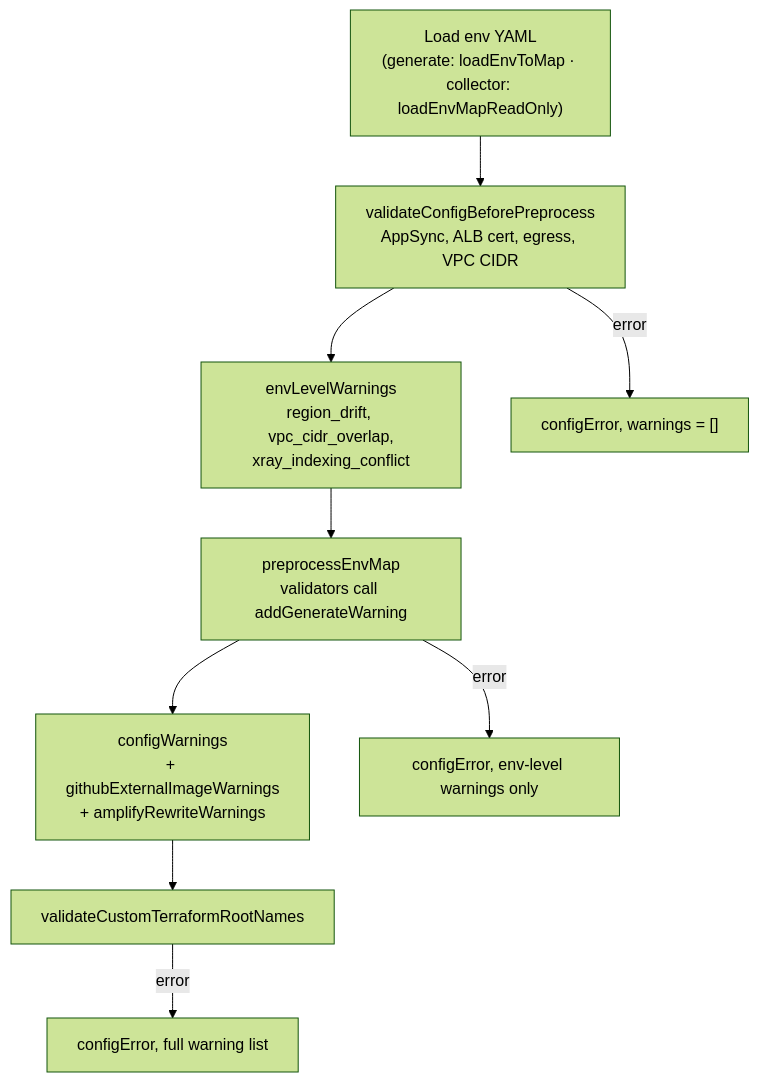
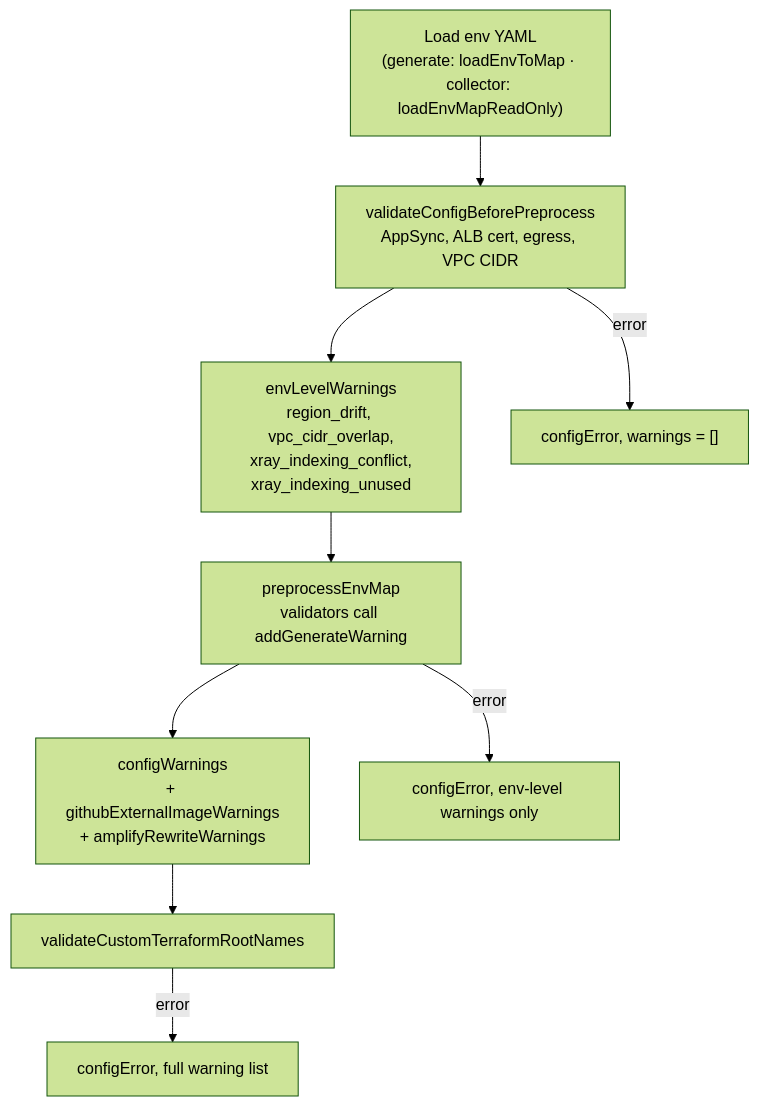
One commit to MadAppGang/meroku changed the diagram in ai_docs/CONFIG_WARNINGS.md. Above: the diagram before and after it, drawn with Mermaid (forest theme). The commit also changed other lines of this file and 22 other files, not shown here.

````diff
--- a/ai_docs/CONFIG_WARNINGS.md
+++ b/ai_docs/CONFIG_WARNINGS.md
@@ -137,13 +138,13 @@
 ```mermaid
 flowchart TD
     load["Load env YAML<br/>(generate: loadEnvToMap · collector: loadEnvMapReadOnly)"]
     refuse1["validateConfigBeforePreprocess<br/>AppSync, ALB cert, egress, VPC CIDR"]
-    envlevel["envLevelWarnings<br/>region_drift, vpc_cidr_overlap,<br/>xray_indexing_conflict"]
+    envlevel["envLevelWarnings<br/>region_drift, vpc_cidr_overlap,<br/>xray_indexing_conflict,<br/>xray_indexing_unused"]
     pre["preprocessEnvMap<br/>validators call addGenerateWarning"]
     post["configWarnings<br/>+ githubExternalImageWarnings<br/>+ amplifyRewriteWarnings"]
     refuse2["validateCustomTerraformRootNames"]
     load --> refuse1 --> envlevel --> pre --> post --> refuse2
     refuse1 -- error --> stop1["configError, warnings = []"]
     pre -- error --> stop2["configError, env-level warnings only"]
     refuse2 -- error --> stop3["configError, full warning list"]
 ```
````
